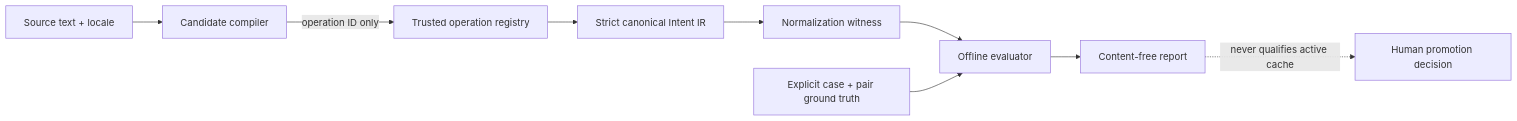
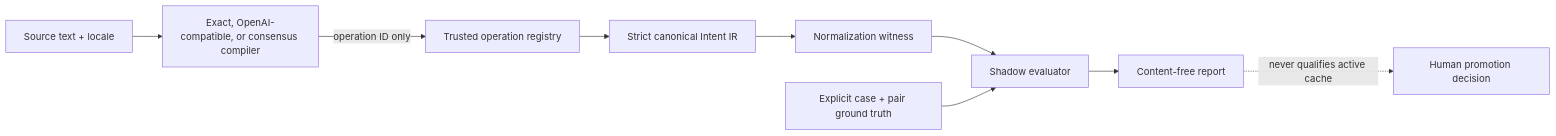
One commit to aantenore/semwitness changed the diagram in docs/intent-witness/normalizer-lab.md. Above: the diagram before and after it, drawn with Mermaid. The commit also changed other lines of this file and 6 other files, not shown here.

````diff
--- a/docs/intent-witness/normalizer-lab.md
+++ b/docs/intent-witness/normalizer-lab.md
@@ -19,11 +20,11 @@
 ```mermaid
 flowchart LR
-    A["Source text + locale"] --> B["Candidate compiler"]
+    A["Source text + locale"] --> B["Exact, OpenAI-compatible, or consensus compiler"]
     B -->|"operation ID only"| C["Trusted operation registry"]
     C --> D["Strict canonical Intent IR"]
     D --> E["Normalization witness"]
-    E --> F["Offline evaluator"]
+    E --> F["Shadow evaluator"]
     G["Explicit case + pair ground truth"] --> F
     F --> H["Content-free report"]
     H -. "never qualifies active cache" .-> I["Human promotion decision"]
 ```
````
